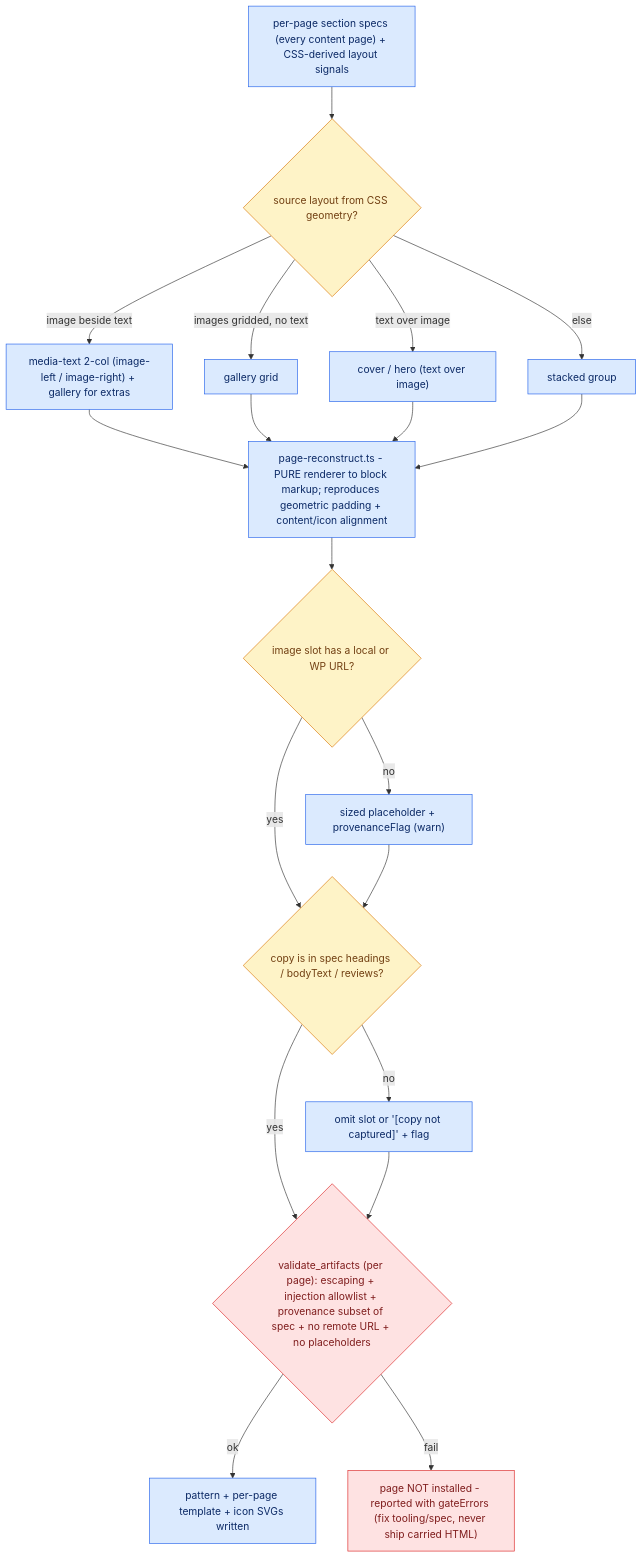
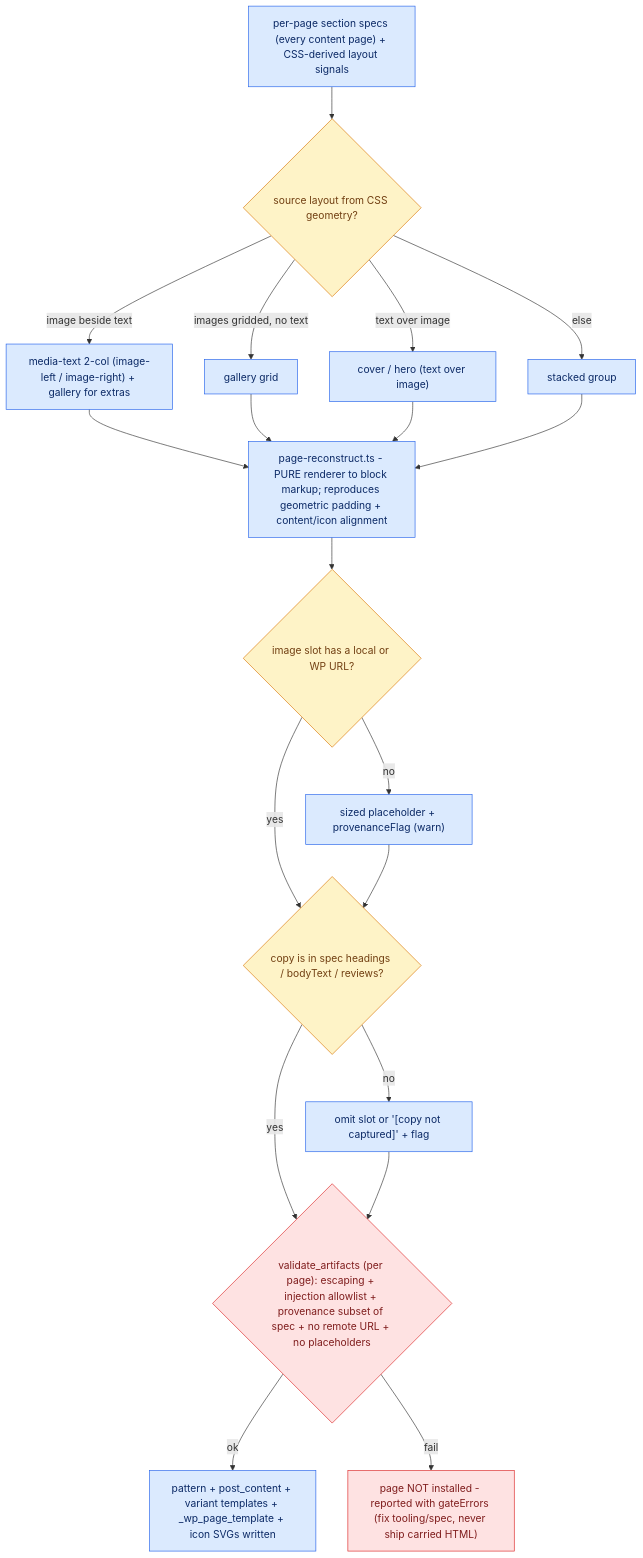
The tenth of 13 diagrams in docs/flow.md (Automattic/data-liberation-agent), drawn with Mermaid before and after one commit. The commit also changed 1 other file, not shown here.

Commit message:
docs(reconstruct): correct stale per-page-template references (handler header + flow diagram)

````diff
--- a/docs/flow.md
+++ b/docs/flow.md
@@ -376,39 +376,39 @@
 ```mermaid
 flowchart TD
     sp["per-page section specs (every content page) + CSS-derived layout signals"]:::det
     lay{"source layout from CSS geometry?"}:::dec
     mt["media-text 2-col (image-left / image-right) + gallery for extras"]:::det
     gal["gallery grid"]:::det
     cov["cover / hero (text over image)"]:::det
     stk["stacked group"]:::det
     rp["page-reconstruct.ts - PURE renderer to block markup; reproduces geometric padding + content/icon alignment"]:::det
     img{"image slot has a local or WP URL?"}:::dec
     ph["sized placeholder + provenanceFlag (warn)"]:::det
     txt{"copy is in spec headings / bodyText / reviews?"}:::dec
     omit["omit slot or '[copy not captured]' + flag"]:::det
     va{"validate_artifacts (per page): escaping + injection allowlist + provenance subset of spec + no remote URL + no placeholders"}:::gate
-    keep["pattern + per-page template + icon SVGs written"]:::det
+    keep["pattern + post_content + variant templates + _wp_page_template + icon SVGs written"]:::det
     skip["page NOT installed - reported with gateErrors (fix tooling/spec, never ship carried HTML)"]:::gate
 
     sp --> lay
     lay -->|image beside text| mt
     lay -->|images gridded, no text| gal
     lay -->|text over image| cov
     lay -->|else| stk
     mt --> rp
     gal --> rp
     cov --> rp
     stk --> rp
     rp --> img
     img -->|yes| txt
     img -->|no| ph --> txt
     txt -->|yes| va
     txt -->|no| omit --> va
     va -->|ok| keep
     va -->|fail| skip
 
     classDef ai fill:#ede9fe,stroke:#7c3aed,color:#2e1065;
     classDef det fill:#dbeafe,stroke:#2563eb,color:#0c2a66;
     classDef gate fill:#fee2e2,stroke:#dc2626,color:#7f1d1d;
     classDef dec fill:#fef3c7,stroke:#d97706,color:#713f12;
 ```
````
